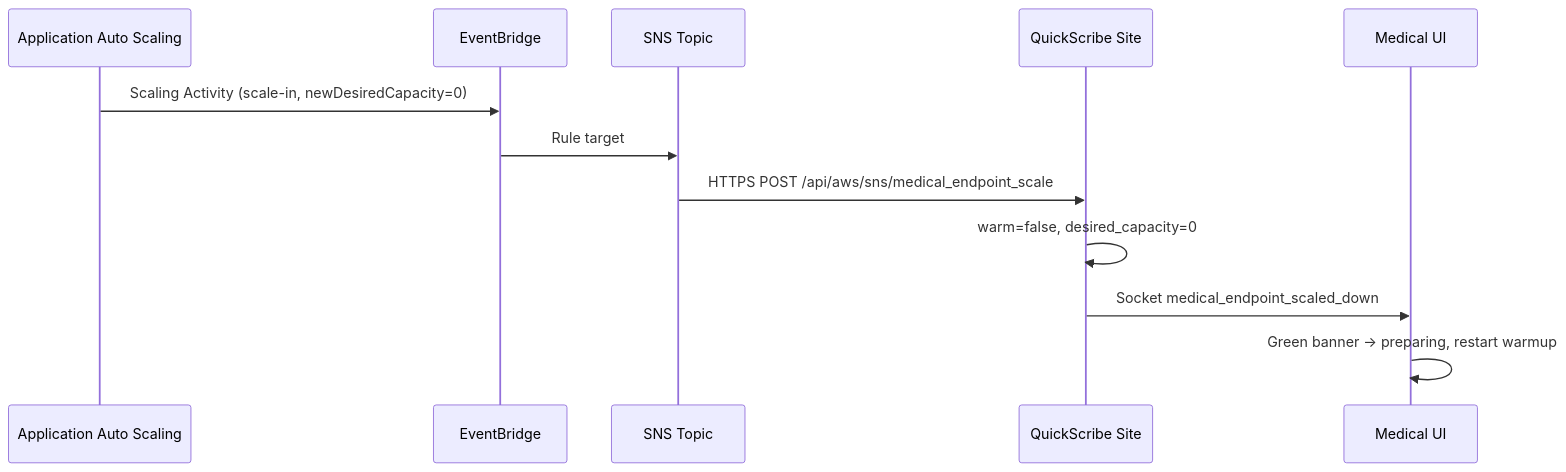
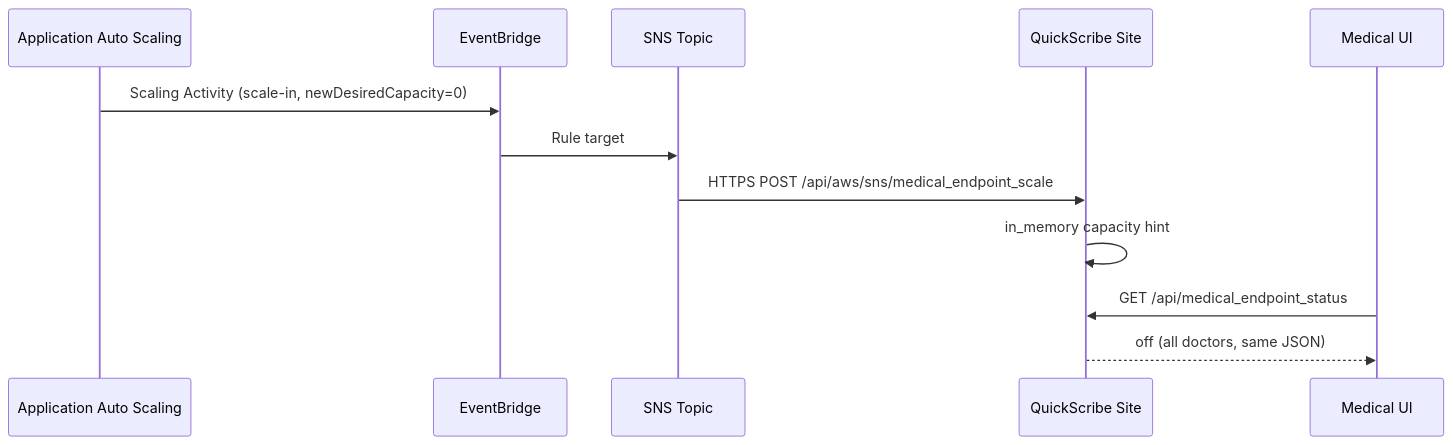
Before and after one commit to shlomico438/QS_Site: the diagram in docs/aws-medical-endpoint-scale-webhook.md, drawn with Mermaid. The commit also changed other lines of this file and 5 other files, not shown here.

````diff
--- a/docs/aws-medical-endpoint-scale-webhook.md
+++ b/docs/aws-medical-endpoint-scale-webhook.md
@@ -11,15 +17,15 @@
 ```mermaid
 sequenceDiagram
     participant AS as Application Auto Scaling
     participant EB as EventBridge
     participant SNS as SNS Topic
     participant Site as QuickScribe Site
     participant UI as Medical UI
 
     AS->>EB: Scaling Activity (scale-in, newDesiredCapacity=0)
     EB->>SNS: Rule target
     SNS->>Site: HTTPS POST /api/aws/sns/medical_endpoint_scale
-    Site->>Site: warm=false, desired_capacity=0
-    Site->>UI: Socket medical_endpoint_scaled_down
-    UI->>UI: Green banner → preparing, restart warmup
+    Site->>Site: in_memory capacity hint
+    UI->>Site: GET /api/medical_endpoint_status
+    Site-->>UI: off (all doctors, same JSON)
 ```
````
